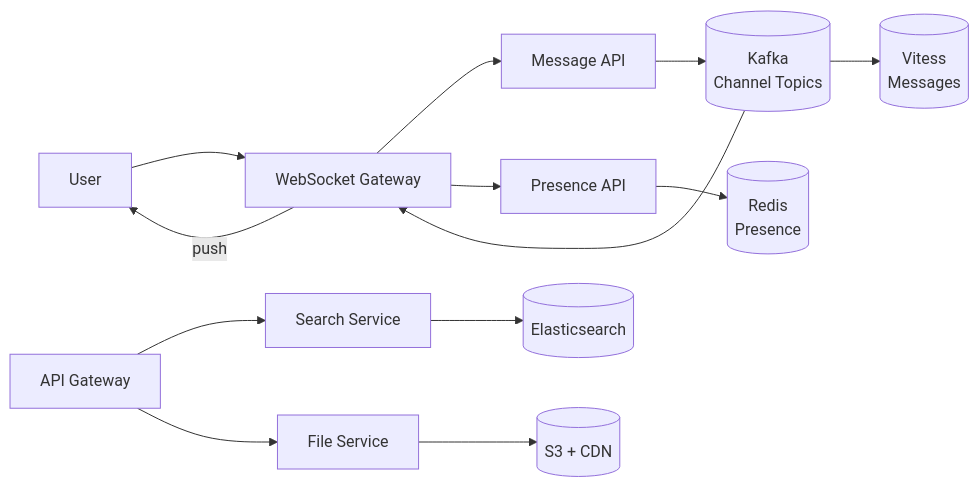
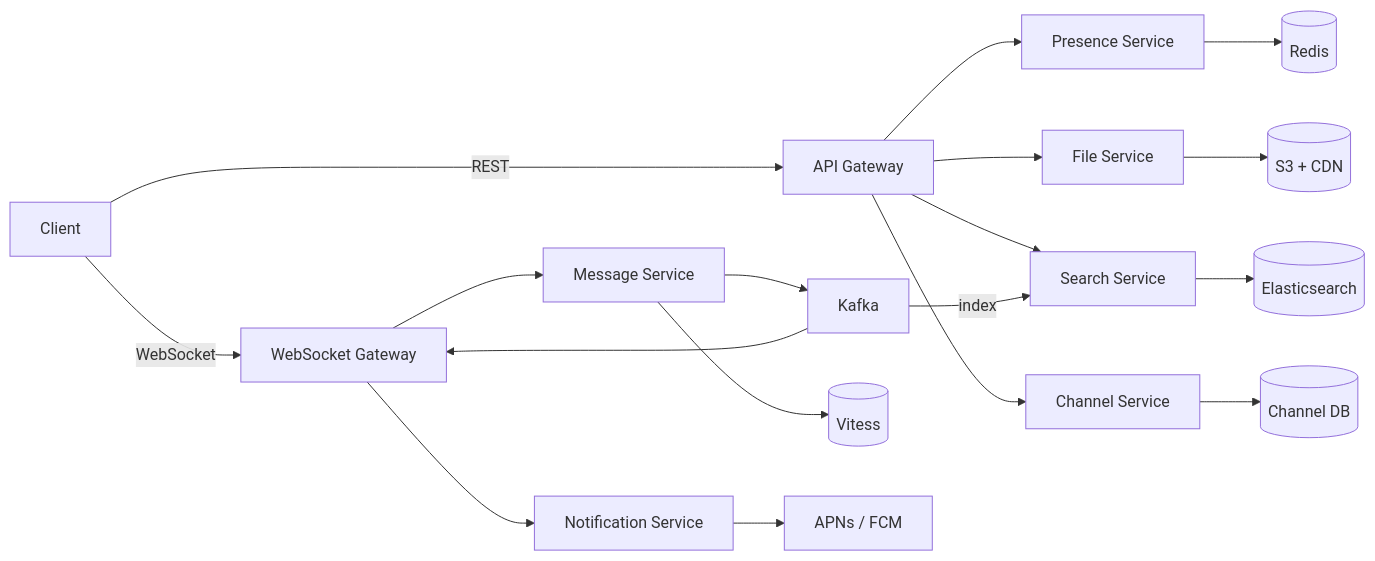
The second of 16 diagrams in docs/system-design/high-level/designing/advanced/slack.md (abhishekghoshh/system-design-helper), drawn with Mermaid before and after one commit. The commit also changed other lines of this file and 107 other files, not shown here.

````diff
--- a/docs/system-design/high-level/designing/advanced/slack.md
+++ b/docs/system-design/high-level/designing/advanced/slack.md
@@ -378,15 +166,20 @@
 ```mermaid
-flowchart LR
-  U[User] --> WS[WebSocket Gateway]
-  WS --> MsgAPI[Message API]
-  MsgAPI --> Kafka[(Kafka<br/>Channel Topics)]
-  Kafka --> DB[(Vitess<br/>Messages)]
-  Kafka --> WS
-  WS -->|push| U
-  WS --> PresAPI[Presence API]
-  PresAPI --> Redis[(Redis<br/>Presence)]
-  APIGW[API Gateway] --> SearchSvc[Search Service]
-  SearchSvc --> ES[(Elasticsearch)]
-  APIGW --> FileSvc[File Service]
-  FileSvc --> S3[(S3 + CDN)]
+graph LR
+    A[Client] -->|WebSocket| GW[WebSocket Gateway]
+    A -->|REST| APIGW[API Gateway]
+    GW --> MS[Message Service]
+    APIGW --> CS[Channel Service]
+    APIGW --> FS[File Service]
+    APIGW --> SS[Search Service]
+    APIGW --> PS[Presence Service]
+    GW --> NS[Notification Service]
+    MS --> K[Kafka]
+    MS --> DB[(Vitess)]
+    CS --> CDB[(Channel DB)]
+    PS --> R[(Redis)]
+    SS --> ES[(Elasticsearch)]
+    FS --> S3[(S3 + CDN)]
+    NS --> Push[APNs / FCM]
+    K --> GW
+    K -->|index| SS
 ```
````
